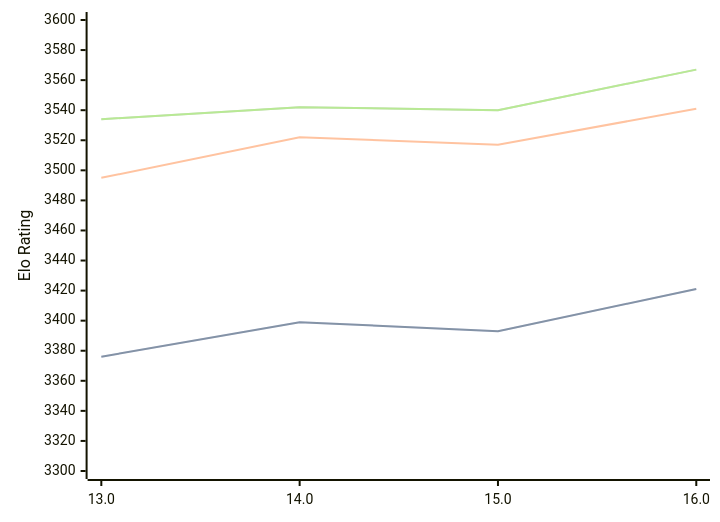
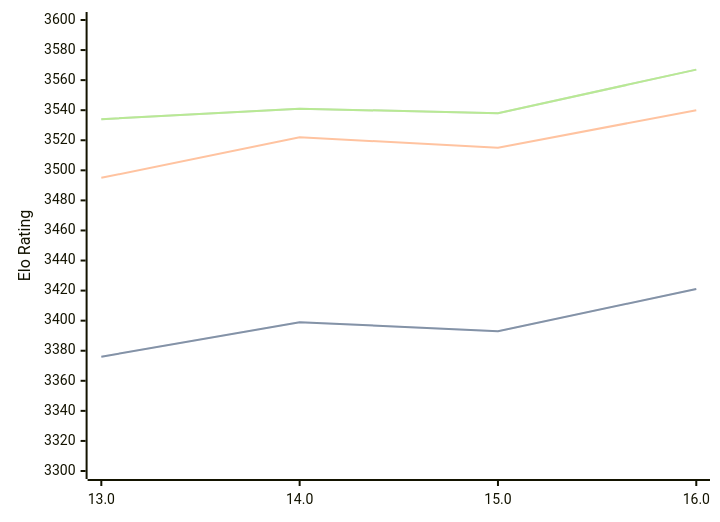
Before and after one commit to computer-chess-index/cci: the first of 3 diagrams in engines/Obsidian.md, drawn with Mermaid. The commit also changed other lines of this file, not shown here.

Commit message:
Update CCI Ratings (ELO VLTC) - 2026-06-19

````diff
--- a/engines/Obsidian.md
+++ b/engines/Obsidian.md
@@ -43,11 +43,11 @@
 ```mermaid
 %%{init: {"theme":"base","themeVariables":{"seriesColors:['#a3a3a3','#222221','#faa371']}}}%%
 xychart-beta
   x-axis ["13.0", "14.0", "15.0", "16.0"]
   y-axis "Elo Rating" 3300 --> 3600
   line "STC (8.0+0.08s)" [3376, 3399, 3393, 3421]
   line "STC (8.0+0.08s)" [3376, 3399, 3393, 3421]
-  line "LTC (60.0+0.60s)" [3495, 3522, 3517, 3541]
-  line "VLTC (2m24s+1.12s)" [3534, 3542, 3540, 3567]
-  line "VLTC (2m24s+1.12s)" [3534, 3542, 3540, 3567]
+  line "LTC (60.0+0.60s)" [3495, 3522, 3515, 3540]
+  line "VLTC (2m24s+1.12s)" [3534, 3541, 3538, 3567]
+  line "VLTC (2m24s+1.12s)" [3534, 3541, 3538, 3567]
 ```
````
